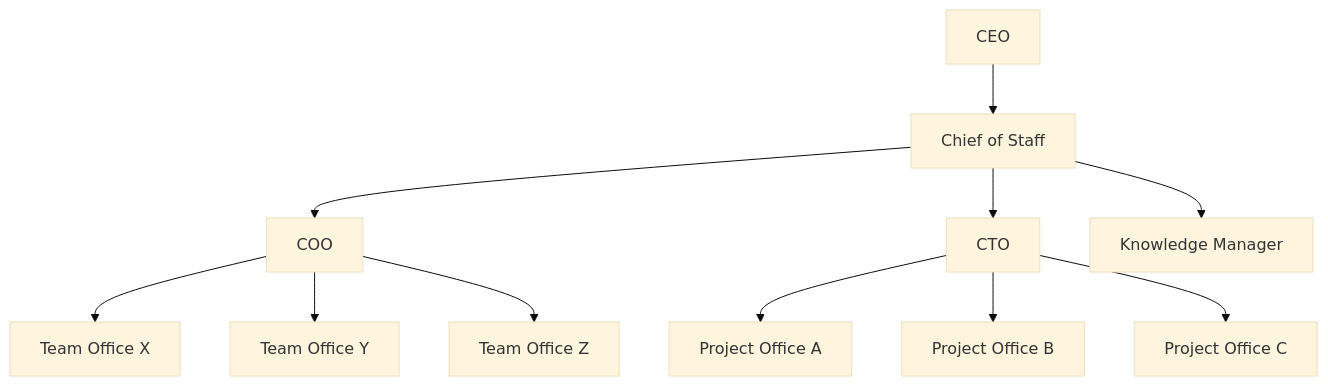
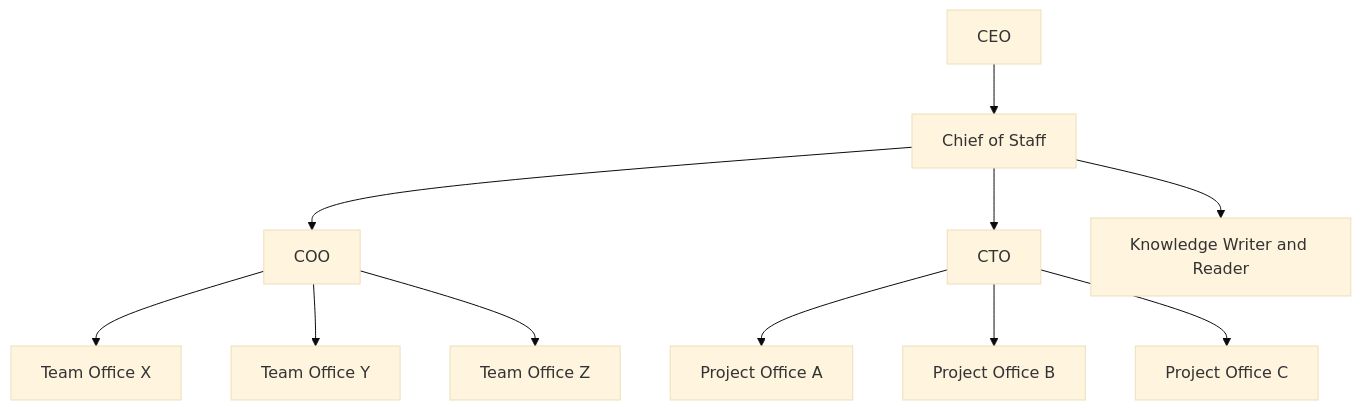
Before and after one commit to chemistrywow31/grok-team: the second of 2 diagrams in docs/architecture.md, drawn with Mermaid (base theme). The commit also changed other lines of this file and 21 other files, not shown here.

First line of the commit message:
Align the other files with the knowledge writer/reader split

````diff
--- a/docs/architecture.md
+++ b/docs/architecture.md
@@ -49,24 +49,24 @@
 ```mermaid
 flowchart TD
   ceo[CEO]
   cos[Chief of Staff]
   coo[COO]
   cto[CTO]
   pa[Project Office A]
   pb[Project Office B]
   pc[Project Office C]
   tx[Team Office X]
   ty[Team Office Y]
   tz[Team Office Z]
-  km[Knowledge Manager]
+  km[Knowledge Writer and Reader]
   ceo --> cos
   cos --> coo
   cos --> cto
   cos --> km
   cto --> pa
   cto --> pb
   cto --> pc
   coo --> tx
   coo --> ty
   coo --> tz
 ```
````
